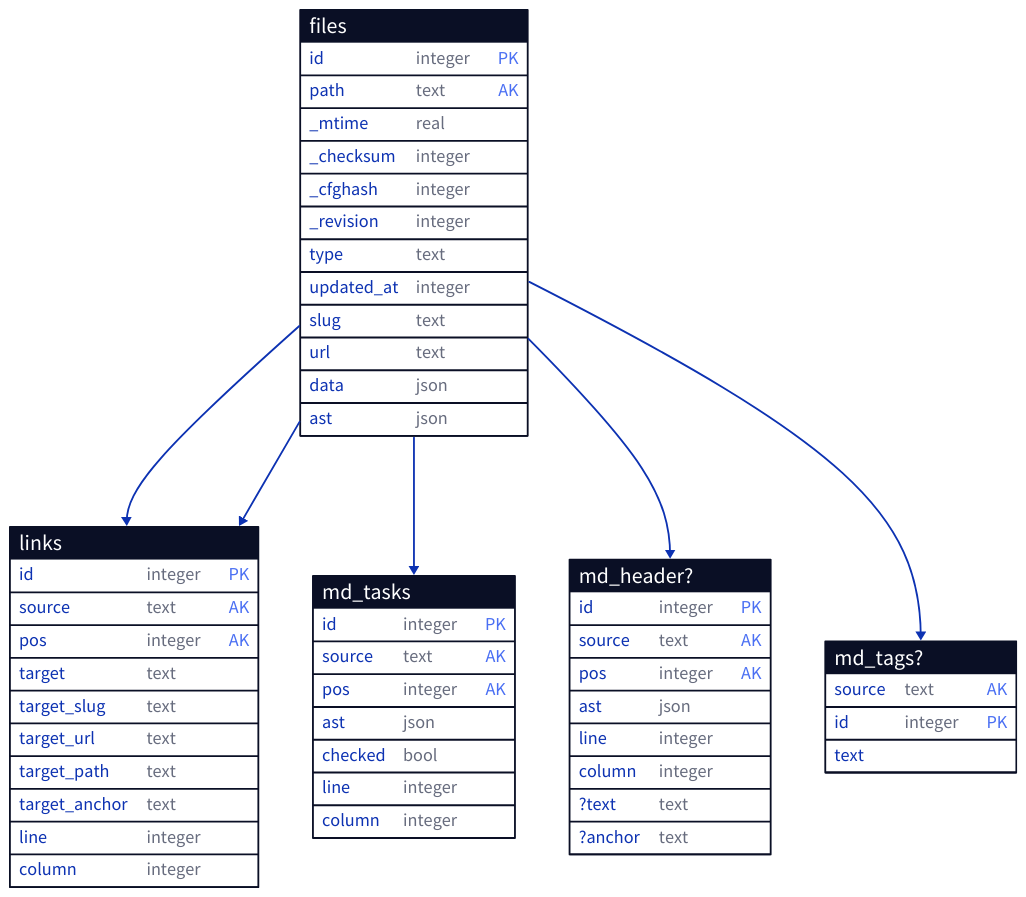
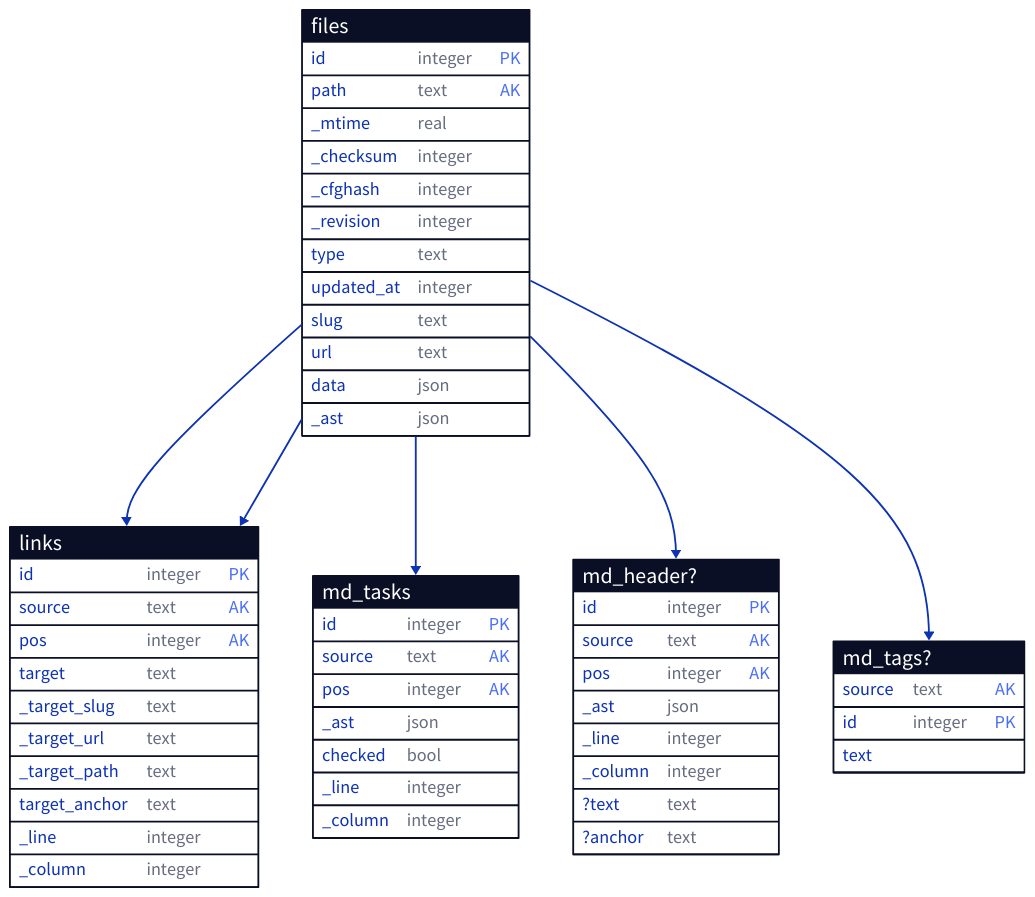
One commit to stereobooster/braindb changed the third of 3 diagrams in packages/docs/src/content/docs/notes/brainstorming.md. Above: the diagram before and after it, drawn with D2. The commit also changed other lines of this file and 2 other files, not shown here.

Commit message:
use Kysely for wikilinks

````diff
--- a/packages/docs/src/content/docs/notes/brainstorming.md
+++ b/packages/docs/src/content/docs/notes/brainstorming.md
@@ -64,70 +64,70 @@
 ```d2
 files: {
   shape: sql_table
   id: integer {constraint: primary_key}
   path: text {constraint: AK}
   _mtime: real
   _checksum: integer
   _cfghash: integer
   _revision: integer
   type: text
   updated_at: integer
   slug: text
   url: text
   data: json
-  ast: json
+  _ast: json
 }
 
 links: {
   shape: sql_table
   id: integer {constraint: primary_key}
   source: text {constraint: AK}
   pos: integer {constraint: AK}
   target: text
-  target_slug: text
-  target_url: text
-  target_path: text
+  _target_slug: text
+  _target_url: text
+  _target_path: text
   target_anchor: text
-  line: integer
-  column: integer
+  _line: integer
+  _column: integer
 }
 
 files.path -> links.source
 files.path -> links.target
 
 md_tasks: {
   shape: sql_table
   id: integer {constraint: primary_key}
   source: text {constraint: AK}
   pos: integer {constraint: AK}
-  ast: json
+  _ast: json
   checked: bool
-  line: integer
-  column: integer
+  _line: integer
+  _column: integer
 }
 
 files.path -> md_tasks.source
 
 md_header?: {
   shape: sql_table
   id: integer {constraint: primary_key}
   source: text {constraint: AK}
   pos: integer {constraint: AK}
-  ast: json
-  line: integer
-  column: integer
+  _ast: json
+  _line: integer
+  _column: integer
   ?text: text
   ?anchor: text
 }
 
 files.path -> md_header?.source
 
 files.path -> md_tags?.source
 
 md_tags?: {
   shape: sql_table
   id: integer {constraint: primary_key}
   source: text {constraint: AK}
   text: text
 }
 ```
````
